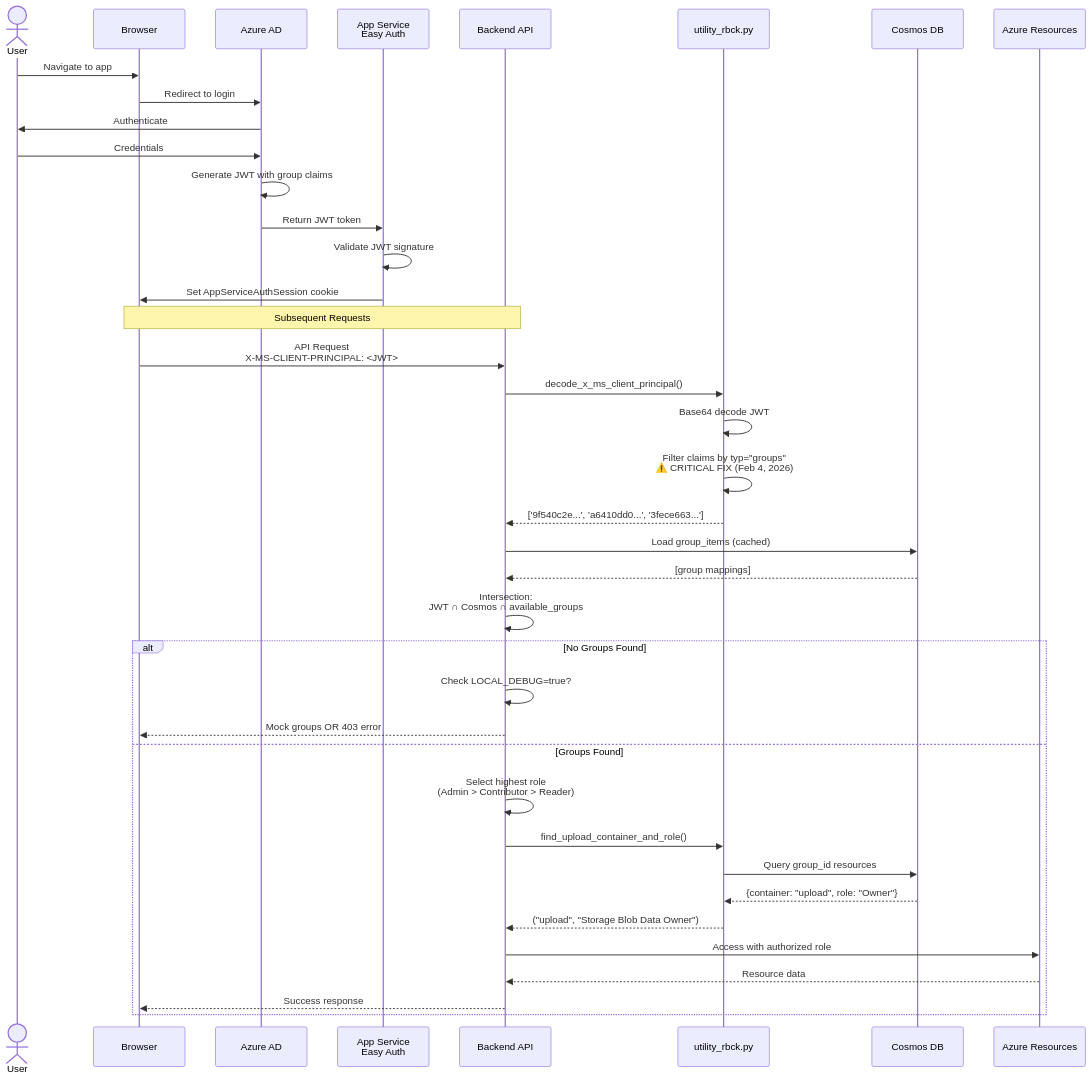
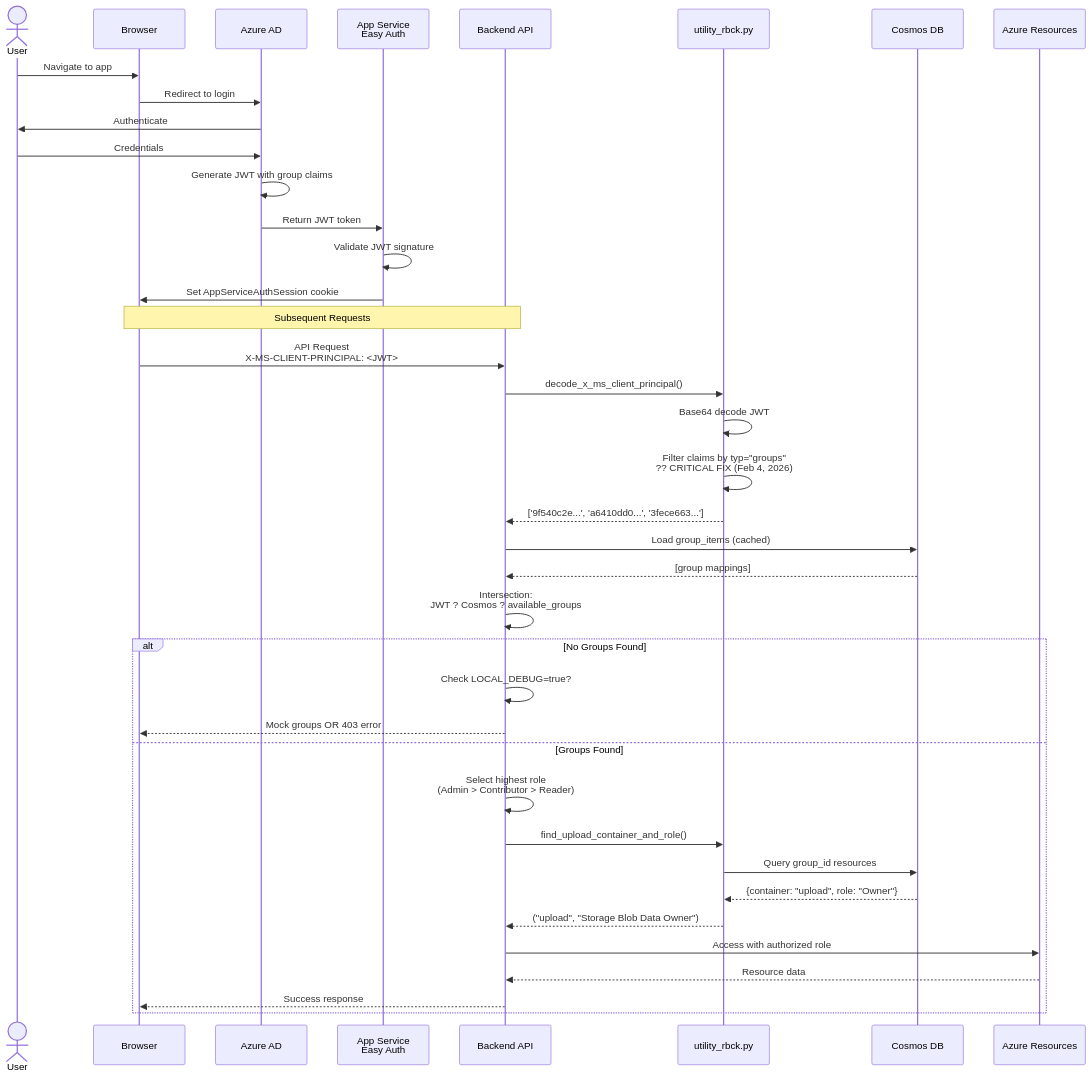
One commit to eva-foundry/28-rbac changed the second of 12 diagrams in README.md. Above: the diagram before and after it, drawn with Mermaid. The commit also changed other lines of this file and 18 other files, not shown here.

````diff
--- a/README.md
+++ b/README.md
@@ -155,48 +176,48 @@
 ```mermaid
 sequenceDiagram
     actor User
     participant Browser
     participant AzureAD as Azure AD
     participant EasyAuth as App Service<br/>Easy Auth
     participant Backend as Backend API
     participant UtilityRBCK as utility_rbck.py
     participant CosmosDB as Cosmos DB
     participant Resources as Azure Resources
     
     User->>Browser: Navigate to app
     Browser->>AzureAD: Redirect to login
     AzureAD->>User: Authenticate
     User->>AzureAD: Credentials
     AzureAD->>AzureAD: Generate JWT with group claims
     AzureAD->>EasyAuth: Return JWT token
     EasyAuth->>EasyAuth: Validate JWT signature
     EasyAuth->>Browser: Set AppServiceAuthSession cookie
     
     Note over Browser,Backend: Subsequent Requests
     
     Browser->>Backend: API Request<br/>X-MS-CLIENT-PRINCIPAL: <JWT>
     Backend->>UtilityRBCK: decode_x_ms_client_principal()
     UtilityRBCK->>UtilityRBCK: Base64 decode JWT
-    UtilityRBCK->>UtilityRBCK: Filter claims by typ="groups"<br/>⚠️ CRITICAL FIX (Feb 4, 2026)
+    UtilityRBCK->>UtilityRBCK: Filter claims by typ="groups"<br/>?? CRITICAL FIX (Feb 4, 2026)
     UtilityRBCK-->>Backend: ['9f540c2e...', 'a6410dd0...', '3fece663...']
     
     Backend->>CosmosDB: Load group_items (cached)
     CosmosDB-->>Backend: [group mappings]
     
-    Backend->>Backend: Intersection:<br/>JWT ∩ Cosmos ∩ available_groups
+    Backend->>Backend: Intersection:<br/>JWT ? Cosmos ? available_groups
     
     alt No Groups Found
         Backend->>Backend: Check LOCAL_DEBUG=true?
         Backend-->>Browser: Mock groups OR 403 error
     else Groups Found
         Backend->>Backend: Select highest role<br/>(Admin > Contributor > Reader)
         Backend->>UtilityRBCK: find_upload_container_and_role()
         UtilityRBCK->>CosmosDB: Query group_id resources
         CosmosDB-->>UtilityRBCK: {container: "upload", role: "Owner"}
         UtilityRBCK-->>Backend: ("upload", "Storage Blob Data Owner")
         
         Backend->>Resources: Access with authorized role
         Resources-->>Backend: Resource data
         Backend-->>Browser: Success response
     end
 ```
````
